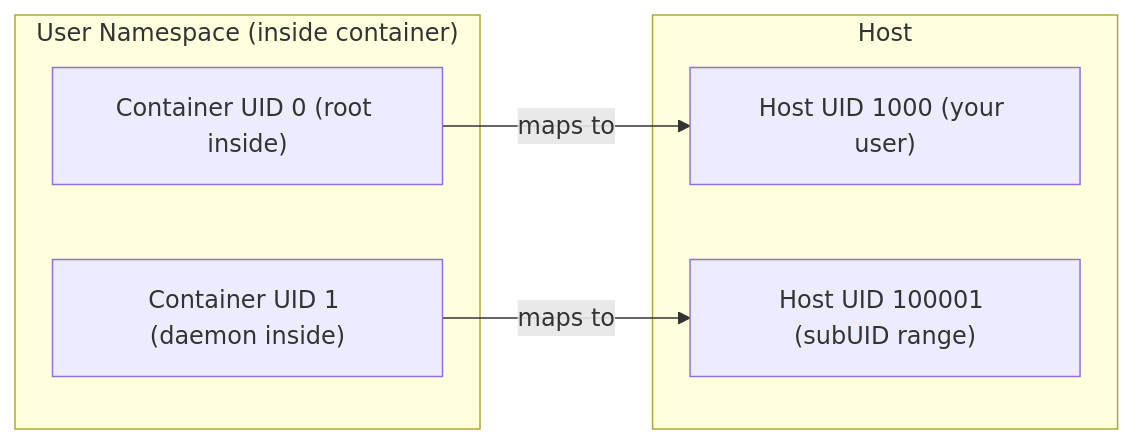
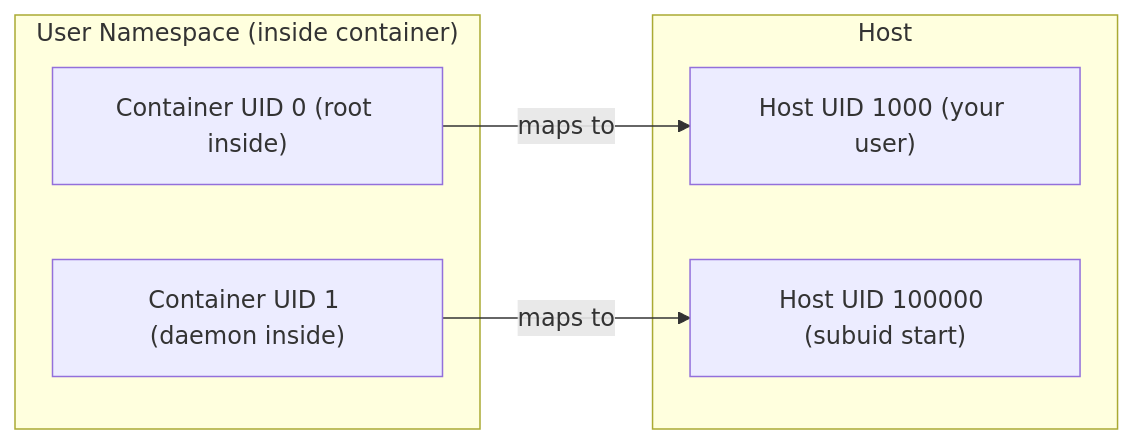
One commit to UncleJS/course_podman changed the third of 5 diagrams in modules/01-containers-101.md. Above: the diagram before and after it, drawn with Mermaid. The commit also changed other lines of this file and 58 other files, not shown here.

````diff
--- a/modules/01-containers-101.md
+++ b/modules/01-containers-101.md
@@ -197,13 +197,13 @@
 ```mermaid
 graph LR
     subgraph "Host"
         HU["Host UID 1000 (your user)"]
-        HU2["Host UID 100001 (subUID range)"]
+        HU2["Host UID 100000 (subuid start)"]
     end
     subgraph "User Namespace (inside container)"
         CU0["Container UID 0 (root inside)"]
         CU1["Container UID 1 (daemon inside)"]
     end
     CU0 -->|"maps to"| HU
     CU1 -->|"maps to"| HU2
 ```
````
